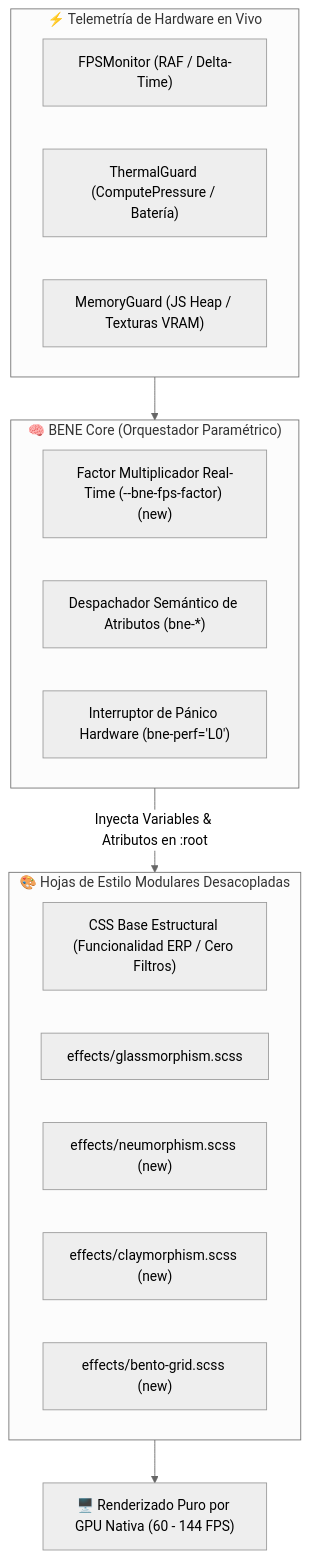
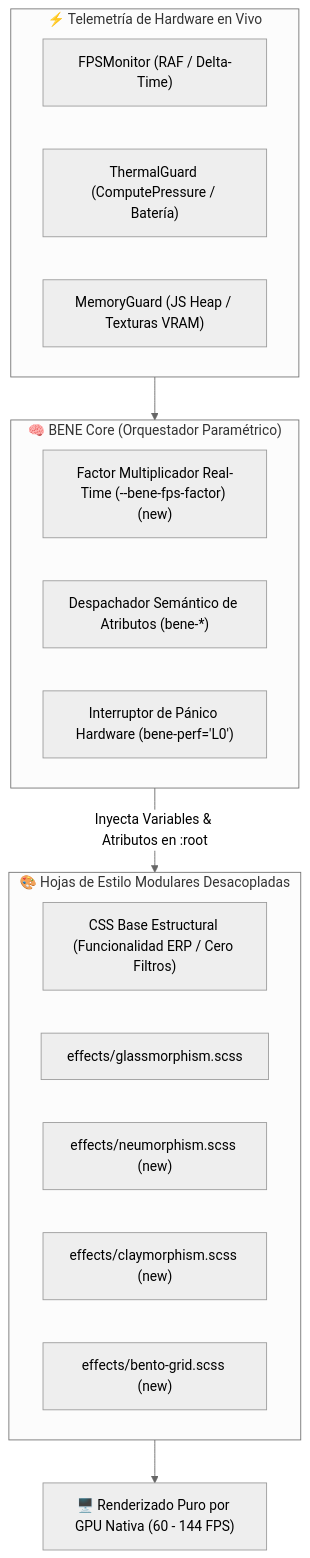
Before and after one commit to clepces/buca-ai: the diagram in docs/bene/6.0.0/README.md, drawn with Mermaid (neutral theme). The commit also changed other lines of this file and 31 other files, not shown here.

````diff
--- a/docs/bene/6.0.0/README.md
+++ b/docs/bene/6.0.0/README.md
@@ -20,26 +20,26 @@
 ```mermaid
 flowchart TD
     subgraph Hardware["⚡ Telemetría de Hardware en Vivo"]
         FPS["FPSMonitor (RAF / Delta-Time)"]
         Thermal["ThermalGuard (ComputePressure / Batería)"]
         Memory["MemoryGuard (JS Heap / Texturas VRAM)"]
     end
 
     subgraph CoreBENE["🧠 BENE Core (Orquestador Paramétrico)"]
-        Multiplier["Factor Multiplicador Real-Time (--bne-fps-factor) (new)"]
-        Dispatcher["Despachador Semántico de Atributos (bne-*)"]
-        PanicSwitch["Interruptor de Pánico Hardware (bne-perf='L0')"]
+        Multiplier["Factor Multiplicador Real-Time (--bene-fps-factor) (new)"]
+        Dispatcher["Despachador Semántico de Atributos (bene-*)"]
+        PanicSwitch["Interruptor de Pánico Hardware (bene-perf='L0')"]
     end
 
     subgraph CSSLayers["🎨 Hojas de Estilo Modulares Desacopladas"]
         CSSBase["CSS Base Estructural (Funcionalidad ERP / Cero Filtros)"]
         Glass["effects/glassmorphism.scss"]
         Neu["effects/neumorphism.scss (new)"]
         Clay["effects/claymorphism.scss (new)"]
         Bento["effects/bento-grid.scss (new)"]
     end
 
     Hardware --> CoreBENE
     CoreBENE -->|Inyecta Variables & Atributos en :root| CSSLayers
     CSSLayers --> GPU["🖥️ Renderizado Puro por GPU Nativa (60 - 144 FPS)"]
 ```
````
